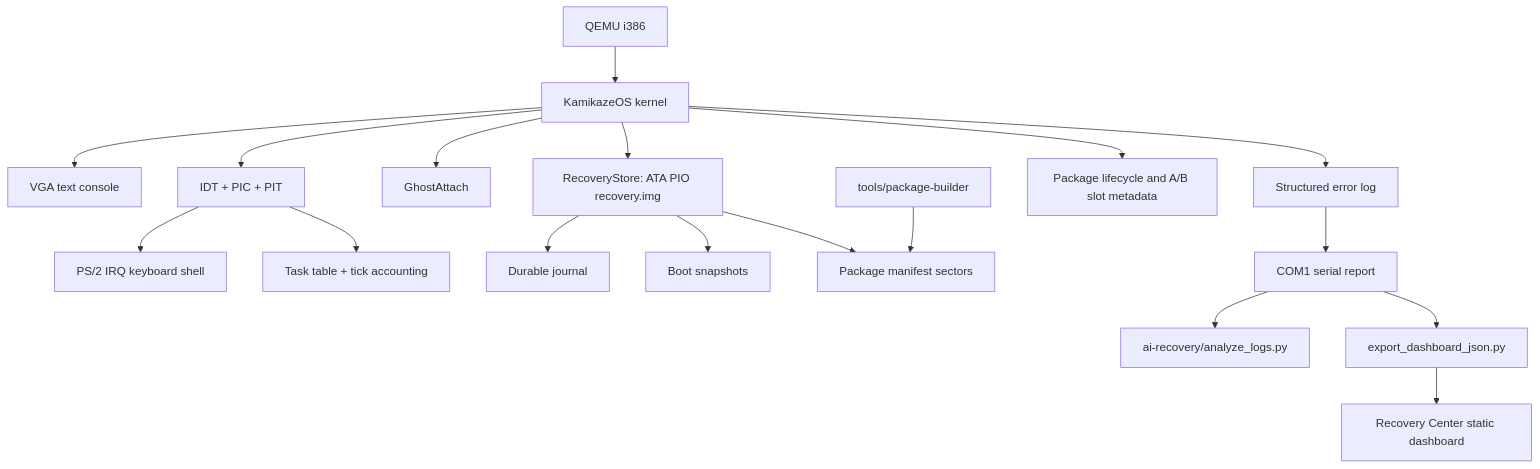
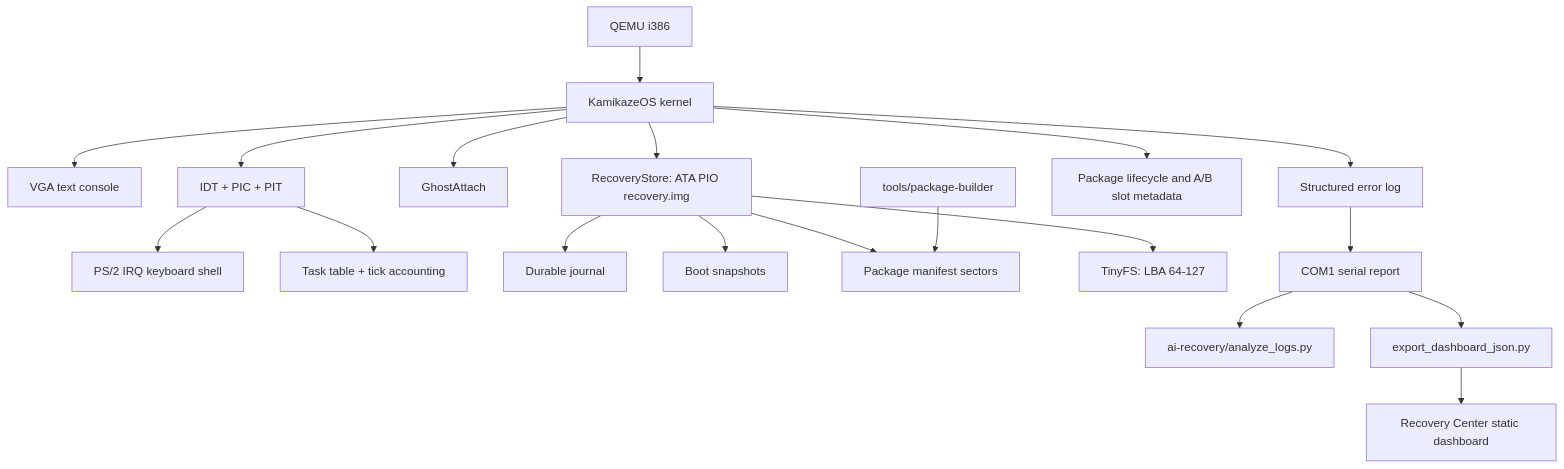
The diagram in README.md (kaamikazi/kamikazeos), drawn with Mermaid before and after one commit. The commit also changed other lines of this file and 28 other files, not shown here.

````diff
--- a/README.md
+++ b/README.md
@@ -36,20 +44,21 @@
 ```mermaid
 flowchart TD
   QEMU["QEMU i386"] --> Kernel["KamikazeOS kernel"]
   Kernel --> VGA["VGA text console"]
   Kernel --> IRQ["IDT + PIC + PIT"]
   IRQ --> Keyboard["PS/2 IRQ keyboard shell"]
   IRQ --> Tasks["Task table + tick accounting"]
   Kernel --> Ghost["GhostAttach"]
   Kernel --> Errors["Structured error log"]
   Kernel --> Store["RecoveryStore: ATA PIO recovery.img"]
   Store --> Journal["Durable journal"]
   Store --> Snapshots["Boot snapshots"]
   Store --> Manifests["Package manifest sectors"]
+  Store --> TinyFS["TinyFS: LBA 64-127"]
   Kernel --> Packages["Package lifecycle and A/B slot metadata"]
   Errors --> Serial["COM1 serial report"]
   Serial --> Analyzer["ai-recovery/analyze_logs.py"]
   Serial --> Exporter["export_dashboard_json.py"]
   Exporter --> Dashboard["Recovery Center static dashboard"]
   Tools["tools/package-builder"] --> Manifests
 ```
````
